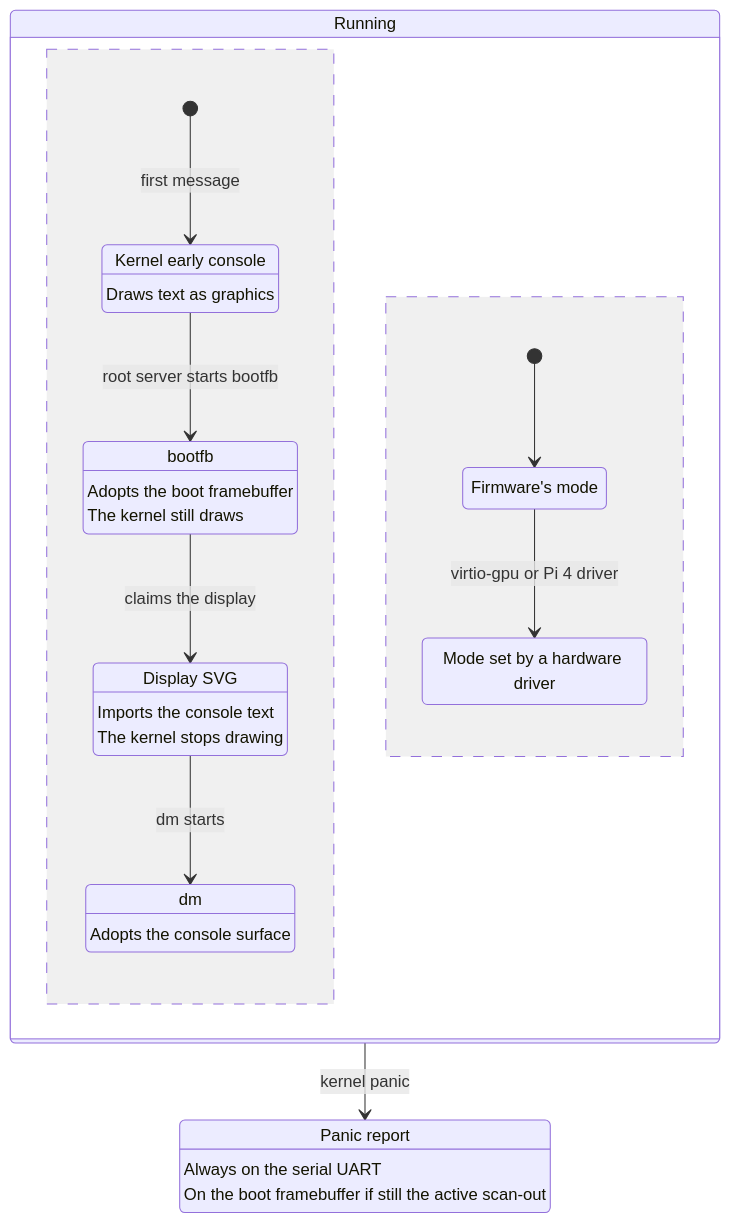
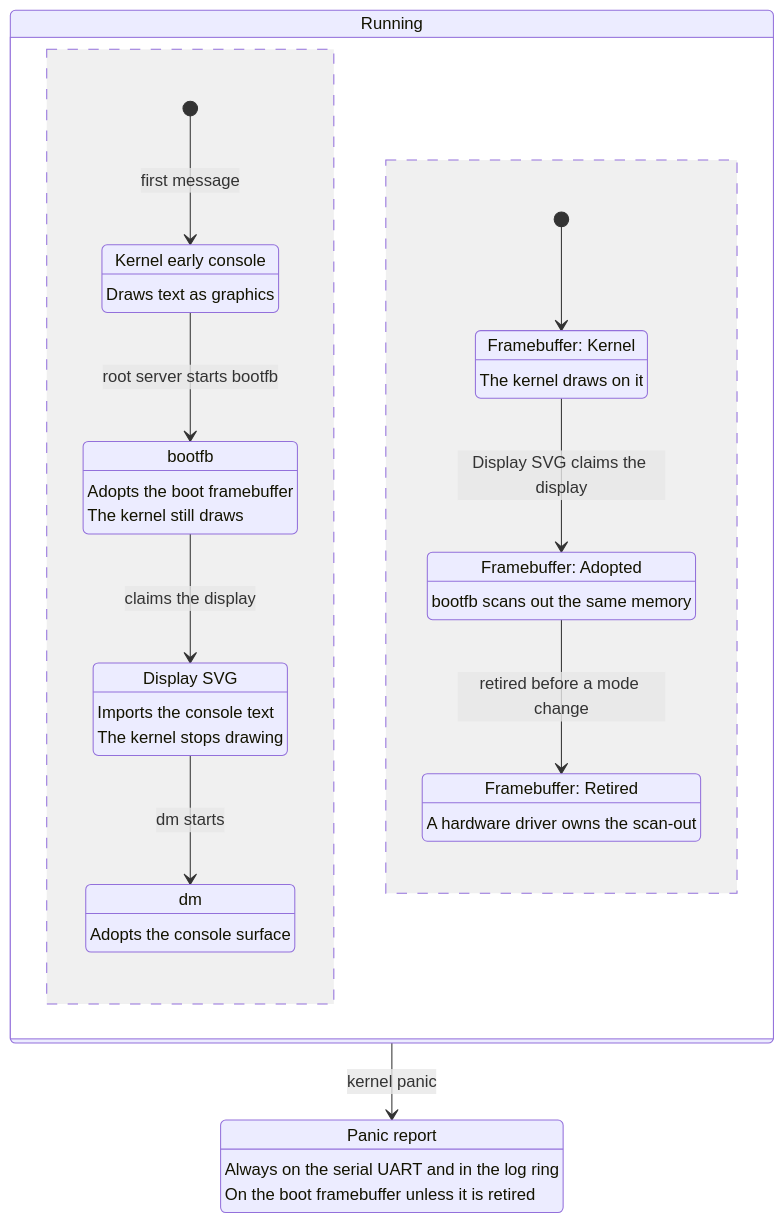
Before and after one commit to nckroy/ASPIS: the fifth of 5 diagrams in docs/design/node-components.md, drawn with Mermaid. The commit also changed other lines of this file and 66 other files, not shown here.

````diff
--- a/docs/design/node-components.md
+++ b/docs/design/node-components.md
@@ -306,28 +307,33 @@
 ```mermaid
 stateDiagram-v2
     state "Running" as run {
         state "Kernel early console" as K
         K: Draws text as graphics
         state "bootfb" as B
         B: Adopts the boot framebuffer
         B: The kernel still draws
         state "Display SVG" as D
         D: Imports the console text
         D: The kernel stops drawing
         state "dm" as M
         M: Adopts the console surface
         [*] --> K: first message
         K --> B: root server starts bootfb
         B --> D: claims the display
         D --> M: dm starts
         --
-        state "Firmware's mode" as FW
-        state "Mode set by a hardware driver" as HW
-        [*] --> FW
-        FW --> HW: virtio-gpu or Pi 4 driver
+        state "Framebuffer: Kernel" as FK
+        FK: The kernel draws on it
+        state "Framebuffer: Adopted" as FA
+        FA: bootfb scans out the same memory
+        state "Framebuffer: Retired" as FR
+        FR: A hardware driver owns the scan-out
+        [*] --> FK
+        FK --> FA: Display SVG claims the display
+        FA --> FR: retired before a mode change
     }
     state "Panic report" as P
-    P: Always on the serial UART
-    P: On the boot framebuffer if still the active scan-out
+    P: Always on the serial UART and in the log ring
+    P: On the boot framebuffer unless it is retired
     run --> P: kernel panic
 ```
````
